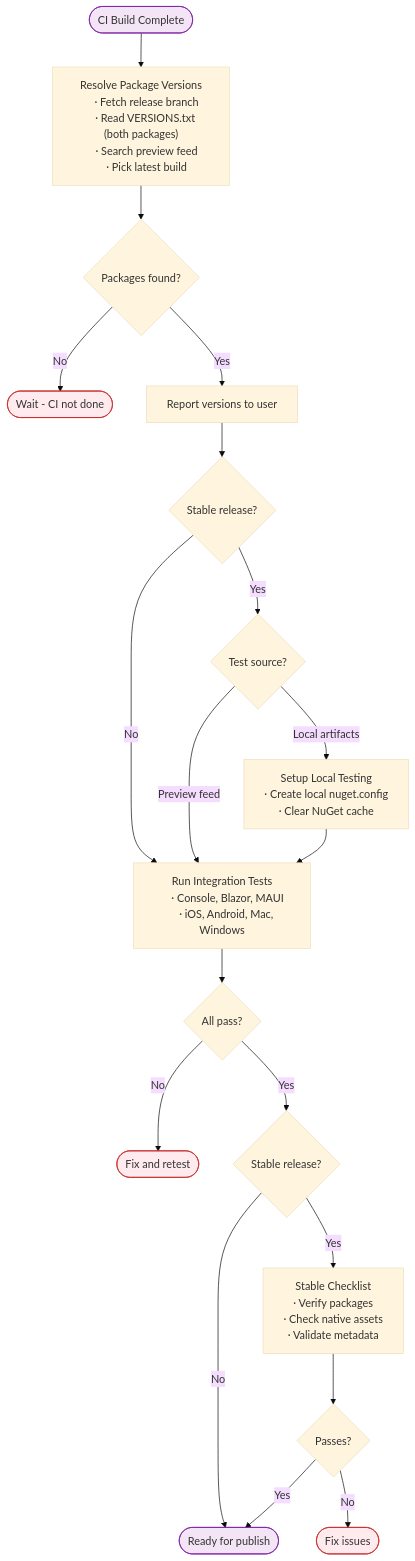
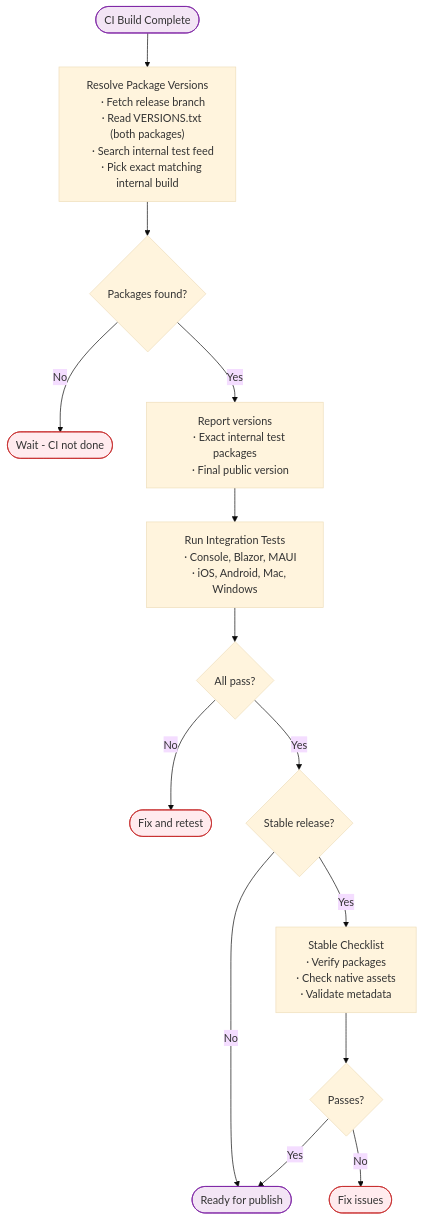
The second of 3 diagrams in documentation/dev/releasing.md (mono/SkiaSharp), drawn with Mermaid (base theme) before and after one commit. The commit also changed other lines of this file and 10 other files, not shown here.

First line of the commit message:
Fix release testing and status workflows

````diff
--- a/documentation/dev/releasing.md
+++ b/documentation/dev/releasing.md
@@ -191,52 +195,43 @@
 ```mermaid
 flowchart TB
     START([CI Build Complete]) --> RESOLVE
     
     RESOLVE["Resolve Package Versions
     ∙ Fetch release branch
     ∙ Read VERSIONS.txt (both packages)
-    ∙ Search preview feed
-    ∙ Pick latest build"]
+    ∙ Search internal test feed
+    ∙ Pick exact matching internal build"]
     
     RESOLVE --> FOUND{Packages found?}
     FOUND -->|No| WAIT([Wait - CI not done])
-    FOUND -->|Yes| REPORT[Report versions to user]
+    FOUND -->|Yes| REPORT["Report versions
+    ∙ Exact internal test packages
+    ∙ Final public version"]
     
-    REPORT --> STABLE{Stable release?}
-    STABLE -->|No| TESTS
-    STABLE -->|Yes| SOURCE{Test source?}
-    
-    SOURCE -->|Preview feed| TESTS
-    SOURCE -->|Local artifacts| SETUP
-    
-    SETUP["Setup Local Testing
-    ∙ Create local nuget.config
-    ∙ Clear NuGet cache"]
-    
-    SETUP --> TESTS
+    REPORT --> TESTS
     
     TESTS["Run Integration Tests
     ∙ Console, Blazor, MAUI
     ∙ iOS, Android, Mac, Windows"]
     
     TESTS --> RESULT{All pass?}
     RESULT -->|No| FIX([Fix and retest])
     RESULT -->|Yes| CHECK{Stable release?}
     
     CHECK -->|No| READY([Ready for publish])
     CHECK -->|Yes| CHECKLIST
     
     CHECKLIST["Stable Checklist
     ∙ Verify packages
     ∙ Check native assets
     ∙ Validate metadata"]
     
     CHECKLIST --> OK{Passes?}
     OK -->|No| FIX2([Fix issues])
     OK -->|Yes| READY
 
     classDef error fill:#ffebee,stroke:#c62828
     classDef endpoint fill:#f3e5f5,stroke:#7b1fa2
     class WAIT,FIX,FIX2 error
     class START,READY endpoint
 ```
````
